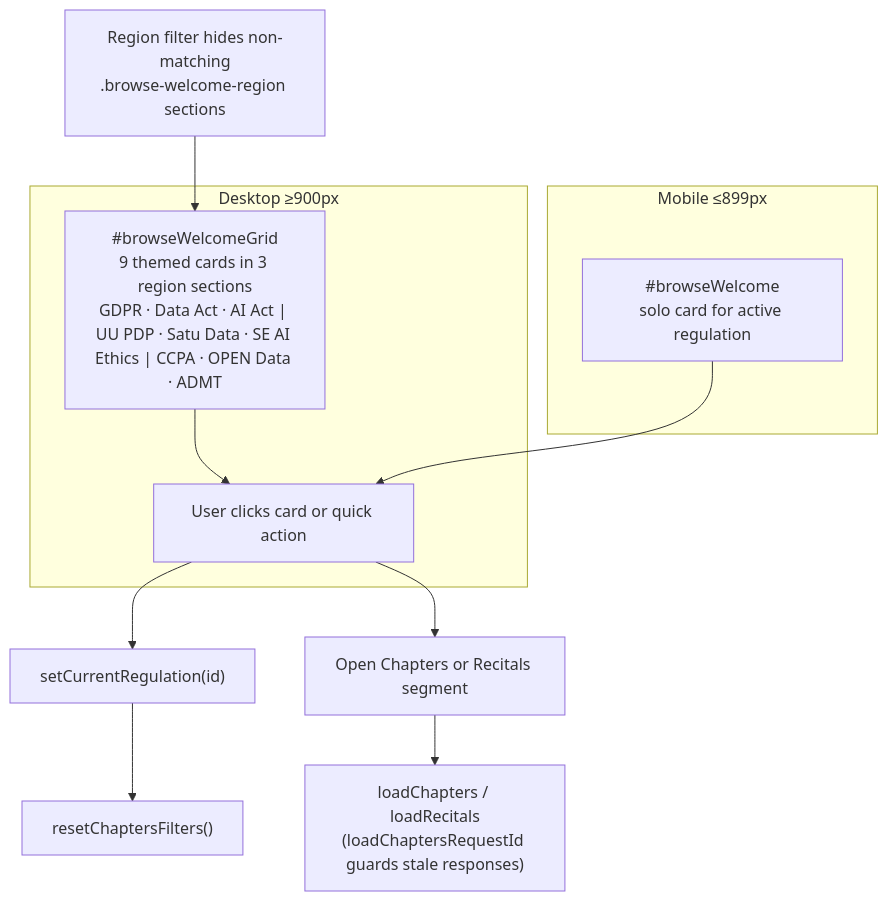
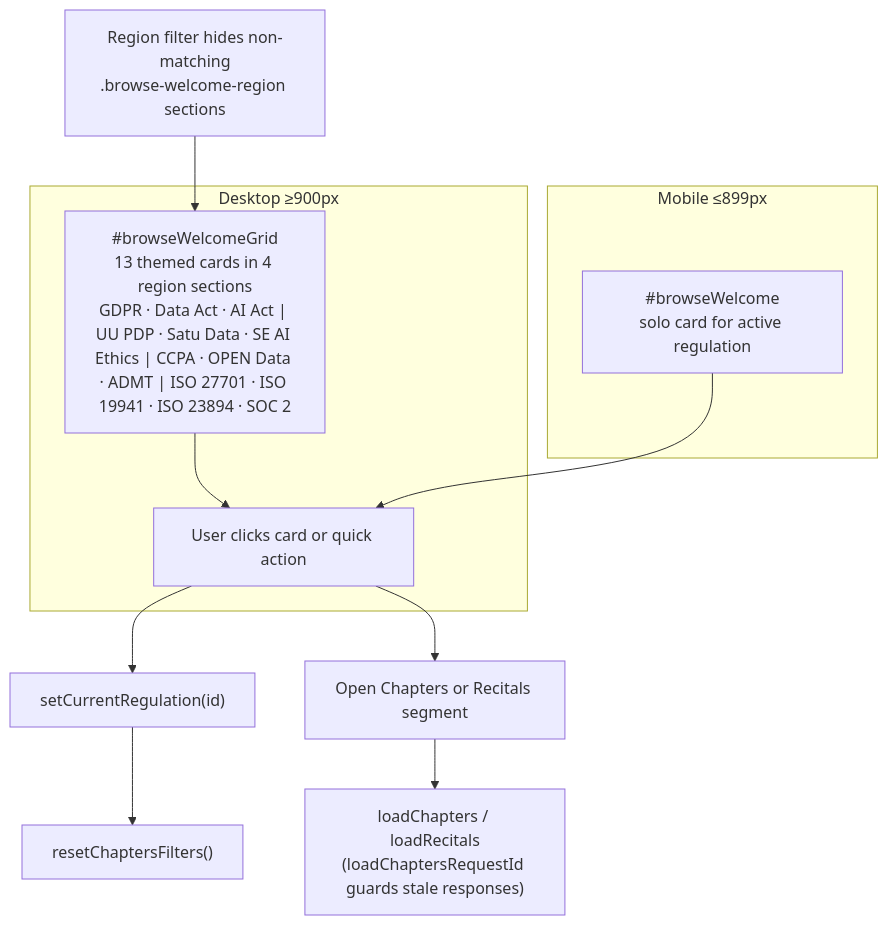
The fifth of 8 diagrams in docs/ARCHITECTURE.md (RifqiMT/gdpr-qa-platform), drawn with Mermaid before and after one commit. The commit also changed other lines of this file and 55 other files, not shown here.

````diff
--- a/docs/ARCHITECTURE.md
+++ b/docs/ARCHITECTURE.md
@@ -190,16 +217,16 @@
 ```mermaid
 flowchart TB
   subgraph desktop["Desktop ≥900px"]
-    grid["#browseWelcomeGrid\n9 themed cards in 3 region sections\nGDPR · Data Act · AI Act | UU PDP · Satu Data · SE AI Ethics | CCPA · OPEN Data · ADMT"]
+    grid["#browseWelcomeGrid\n13 themed cards in 4 region sections\nGDPR · Data Act · AI Act | UU PDP · Satu Data · SE AI Ethics | CCPA · OPEN Data · ADMT | ISO 27701 · ISO 19941 · ISO 23894 · SOC 2"]
     grid --> pick["User clicks card or quick action"]
   end
   subgraph mobile["Mobile ≤899px"]
     solo["#browseWelcome\nsolo card for active regulation"]
     solo --> pick
   end
   rf["Region filter hides non-matching\n.browse-welcome-region sections"] --> grid
   pick --> setReg["setCurrentRegulation(id)"]
   setReg --> reset["resetChaptersFilters()"]
   pick --> seg["Open Chapters or Recitals segment"]
   seg --> load["loadChapters / loadRecitals\n(loadChaptersRequestId guards stale responses)"]
 ```
````
